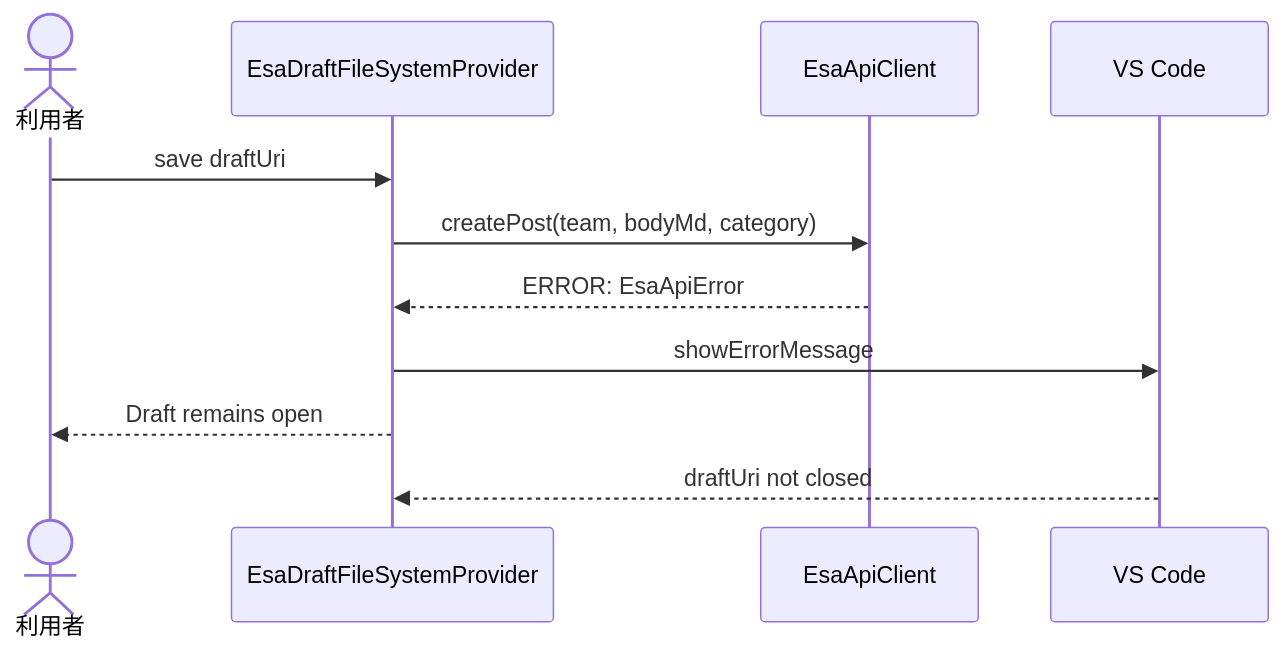
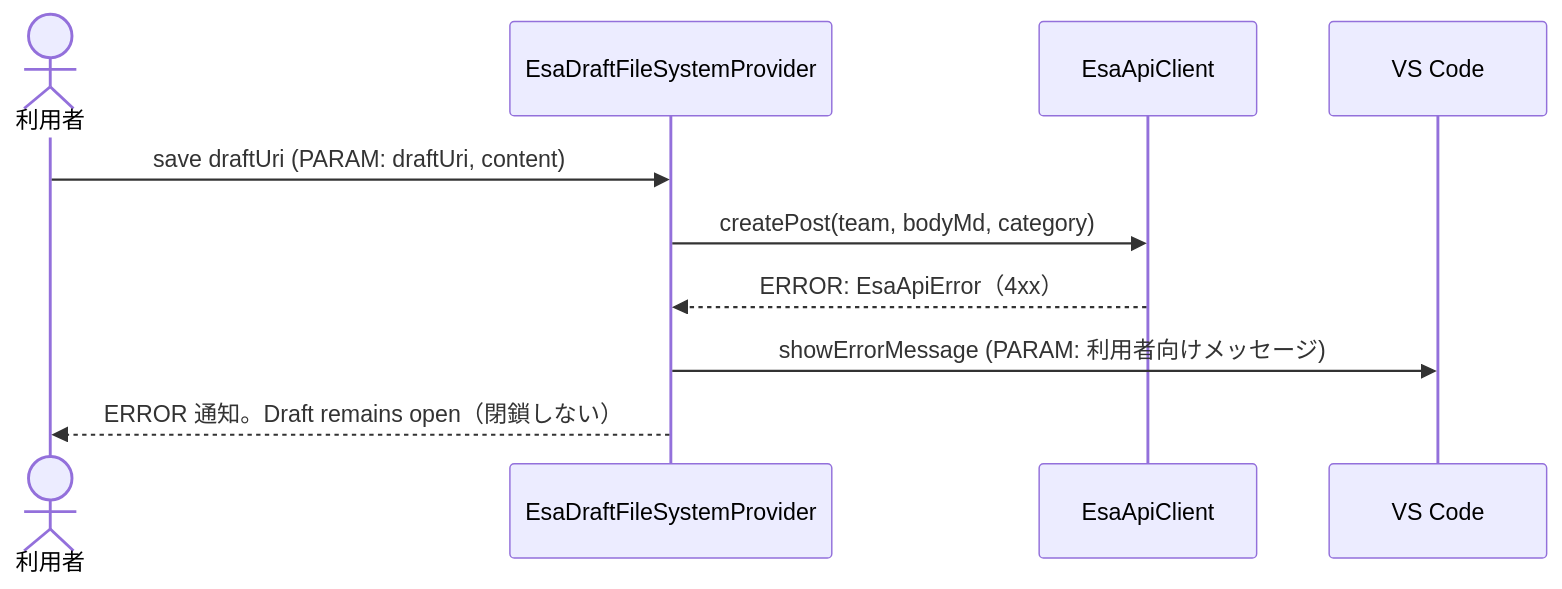
The second of 6 diagrams in .github/copilot/plans/8-new-draft-close.md (LevelCapCoJapanTools/vscode_esa_explorer), drawn with Mermaid before and after one commit. The commit also changed other lines of this file, not shown here.

First line of the commit message:
design: 下書き閉鎖を tabGroups による URI 照合へ修正し plan テンプレートを補完

````diff
--- a/.github/copilot/plans/8-new-draft-close.md
+++ b/.github/copilot/plans/8-new-draft-close.md
@@ -249,14 +313,13 @@
 ```mermaid
 sequenceDiagram
     actor User as 利用者
     participant Provider as EsaDraftFileSystemProvider
     participant Api as EsaApiClient
     participant VS as VS Code
 
-    User->>Provider: save draftUri
+    User->>Provider: save draftUri (PARAM: draftUri, content)
     Provider->>Api: createPost(team, bodyMd, category)
-    Api-->>Provider: ERROR: EsaApiError
-    Provider->>VS: showErrorMessage
-    Provider-->>User: Draft remains open
-    VS-->>Provider: draftUri not closed
+    Api-->>Provider: ERROR: EsaApiError（4xx）
+    Provider->>VS: showErrorMessage (PARAM: 利用者向けメッセージ)
+    Provider-->>User: ERROR 通知。Draft remains open（閉鎖しない）
 ```
````
